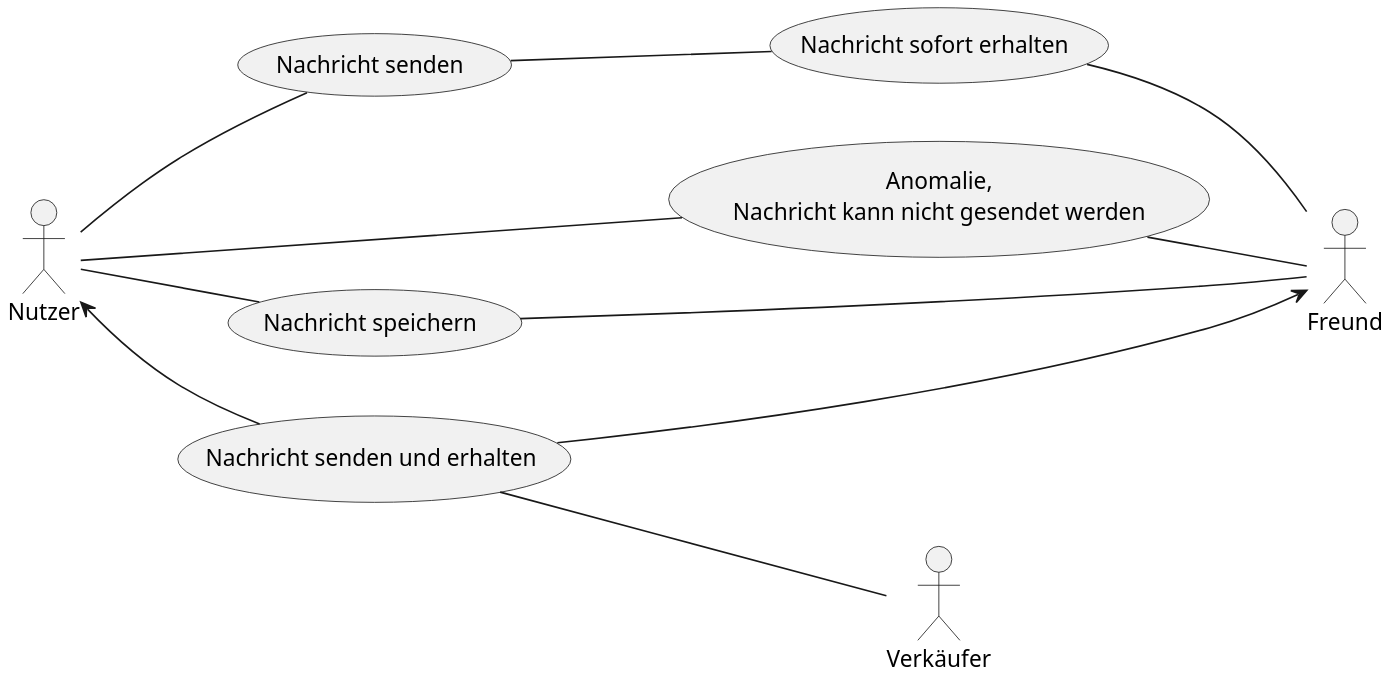
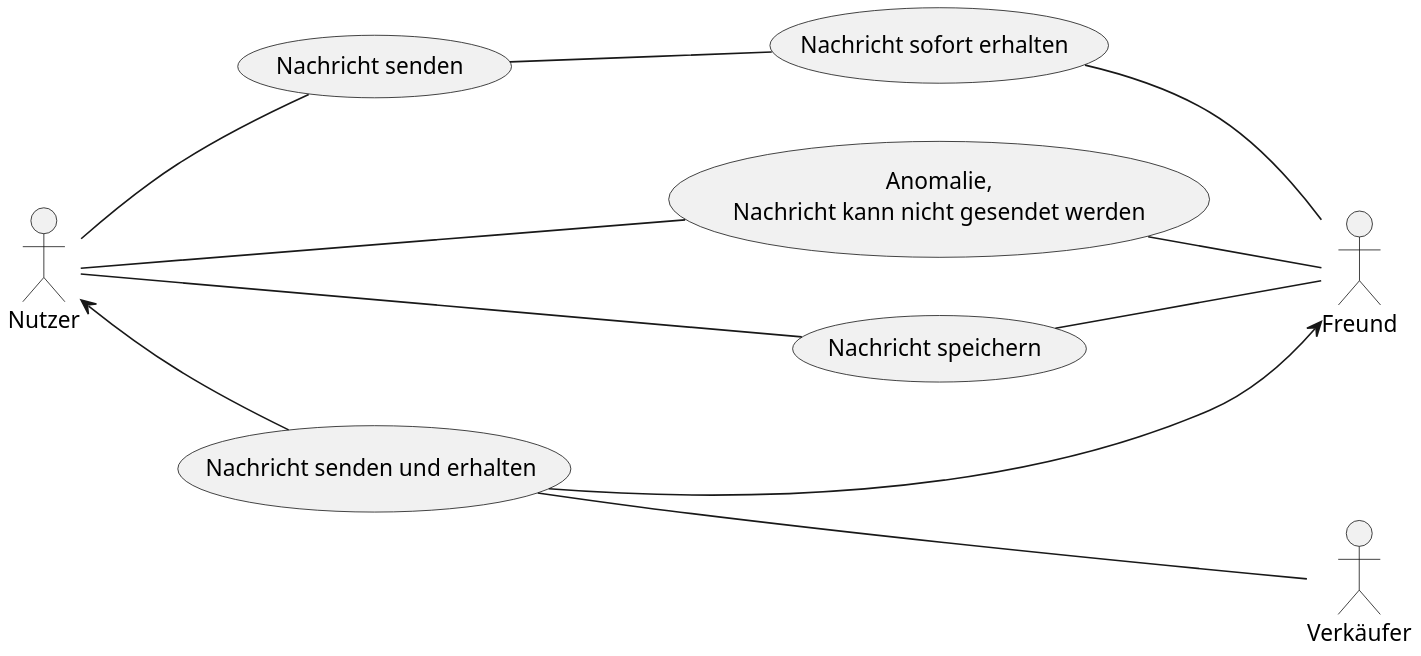
One commit to godlikelucinda/bachelorarbeit changed the diagram in uml-diagramme/real-time-communication.puml. Above: the diagram before and after it, drawn with PlantUML. The commit also changed 1 other file, not shown here.

```diff
--- a/uml-diagramme/real-time-communication.puml
+++ b/uml-diagramme/real-time-communication.puml
@@ -1,32 +1,32 @@
 @startuml
 scale 2
 skinparam monochrome true
 skinparam shadowing false
 left to right direction
 
 :Nutzer: as User
 :Freund: as Friend
 :Verkäufer: as Seller
 
 (Nachricht senden) as (sendMessage)
 (Nachricht sofort erhalten) as (receiveMessage)
 (Anomalie,\nNachricht kann nicht gesendet werden) as (anomaly)
 (Nachricht speichern) as (saveMessage)
 (Nachricht senden und erhalten) as (sendReceiveMessage)
 
 User -- (sendMessage)
 (sendMessage) -- (receiveMessage)
 (receiveMessage) -- Friend
 
 User -- (anomaly)
 (anomaly) -- Friend
 
 User -- (saveMessage)
 (saveMessage) -- Friend
 
 User <-- (sendReceiveMessage)
 (sendReceiveMessage) --> Friend
-(sendReceiveMessage) -- Seller
+(sendReceiveMessage) --- Seller
 
 
 @enduml
```
